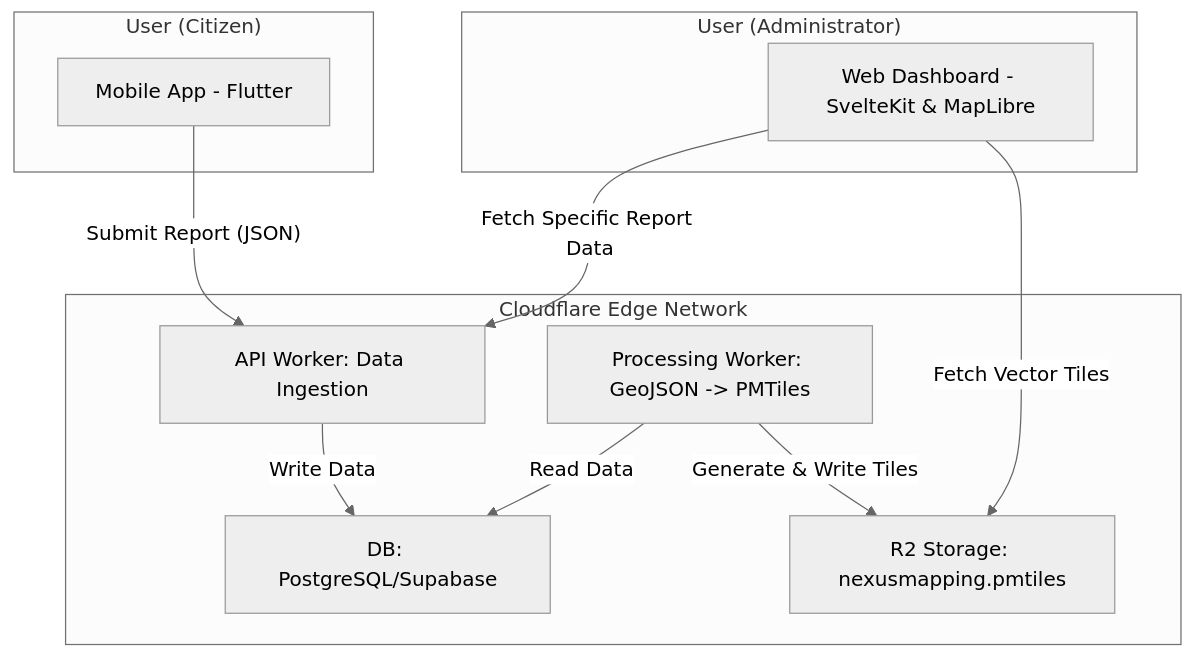
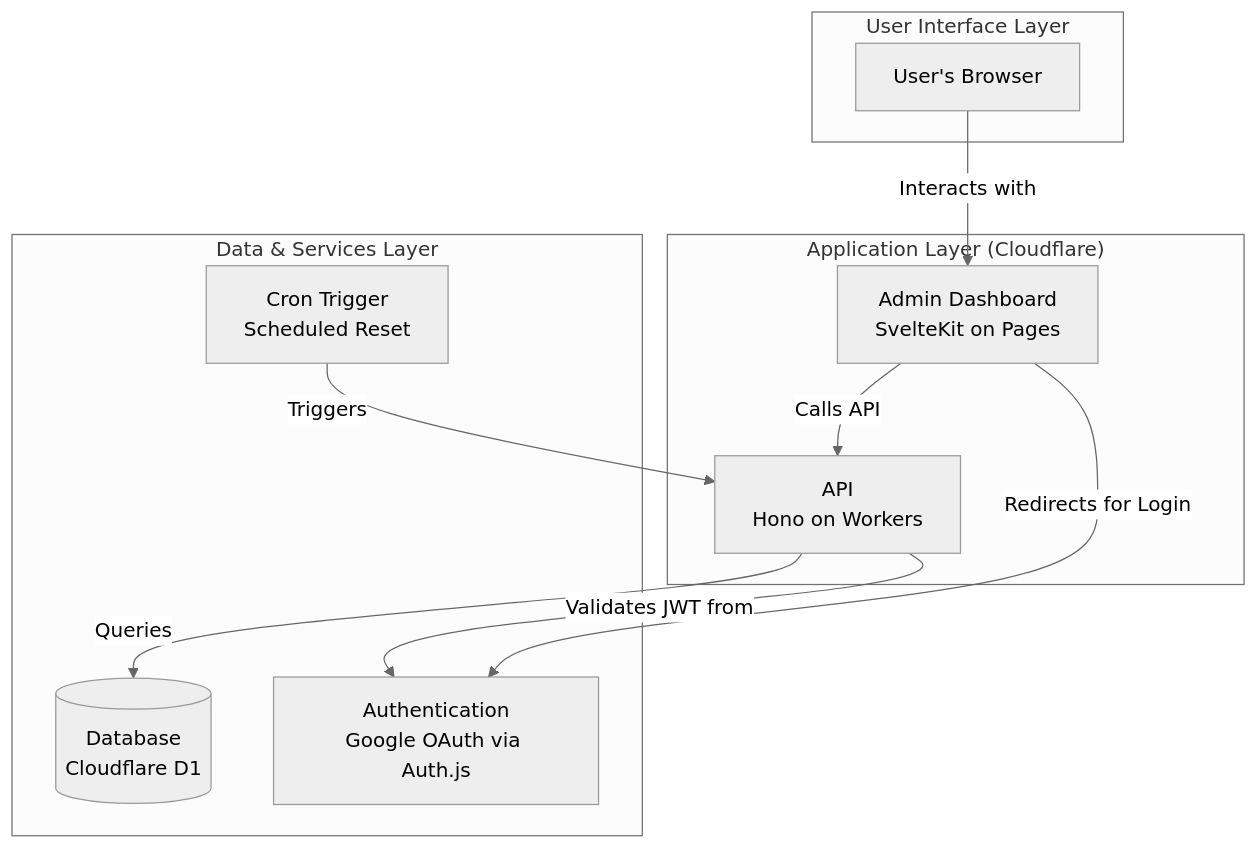
The diagram in readme.md (BuildTheNexus/NexusMapping), drawn with Mermaid (neutral theme) before and after one commit. The commit also changed other lines of this file and 5 other files, not shown here.

````diff
--- a/readme.md
+++ b/readme.md
@@ -62,24 +41,24 @@
 ```mermaid
 graph TD
-    subgraph "User (Citizen)"
-        A[Mobile App - Flutter]
+    subgraph "User Interface Layer"
+        U[User's Browser]
     end
 
-    subgraph "Cloudflare Edge Network"
-        B[API Worker: Data Ingestion]
-        C[DB: PostgreSQL/Supabase]
-        D[Processing Worker: GeoJSON -> PMTiles]
-        E[R2 Storage: nexusmapping.pmtiles]
+    subgraph "Application Layer (Cloudflare)"
+        A[Admin Dashboard<br/>SvelteKit on Pages]
+        B[API<br/>Hono on Workers]
     end
 
-    subgraph "User (Administrator)"
-        F[Web Dashboard - SvelteKit & MapLibre]
+    subgraph "Data & Services Layer"
+        DB[(Database<br/>Cloudflare D1)]
+        ExtAuth[Authentication<br/>Google OAuth via Auth.js]
+        Cron[Cron Trigger<br/>Scheduled Reset]
     end
 
-    A -- "Submit Report (JSON)" --> B
-    B -- "Write Data" --> C
-    D -- "Read Data" --> C
-    D -- "Generate & Write Tiles" --> E
-    F -- "Fetch Vector Tiles" --> E
-    F -- "Fetch Specific Report Data" --> B
+    U -- "Interacts with" --> A
+    A -- "Calls API" --> B
+    B -- "Queries" --> DB
+    A -- "Redirects for Login" --> ExtAuth
+    B -- "Validates JWT from" --> ExtAuth
+    Cron -- "Triggers" --> B
 ```
````
